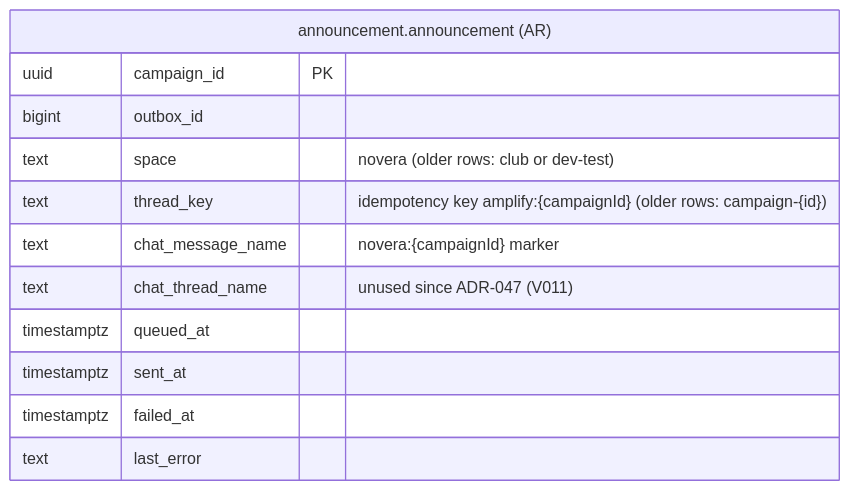
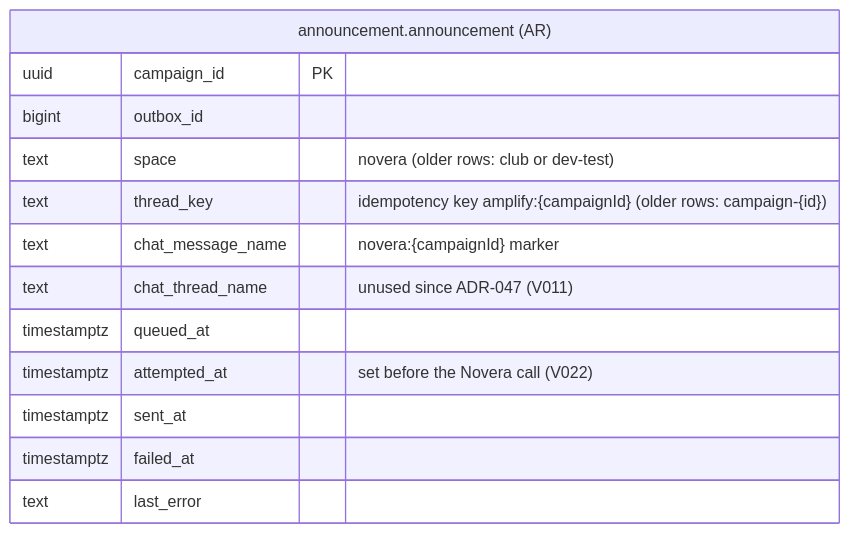
One commit to wso2-open-operations/marketing-tools changed the ninth of 10 diagrams in apps/amplify/architecture/solution/Phase 1/phase1-data-model.md. Above: the diagram before and after it, drawn with Mermaid. The commit also changed other lines of this file and 18 other files, not shown here.

````diff
--- a/apps/amplify/architecture/solution/Phase 1/phase1-data-model.md
+++ b/apps/amplify/architecture/solution/Phase 1/phase1-data-model.md
@@ -638,15 +638,16 @@
 ```mermaid
 erDiagram
     ANNOUNCEMENT["announcement.announcement (AR)"] {
         uuid campaign_id PK
         bigint outbox_id
         text space "novera (older rows: club or dev-test)"
         text thread_key "idempotency key amplify:{campaignId} (older rows: campaign-{id})"
         text chat_message_name "novera:{campaignId} marker"
         text chat_thread_name "unused since ADR-047 (V011)"
         timestamptz queued_at
+        timestamptz attempted_at "set before the Novera call (V022)"
         timestamptz sent_at
         timestamptz failed_at
         text last_error
     }
 ```
````
